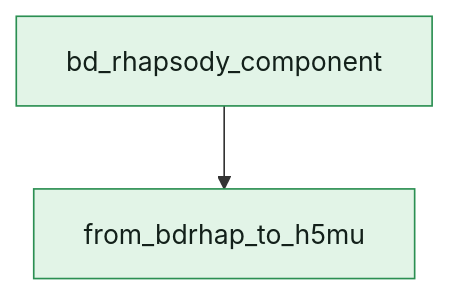
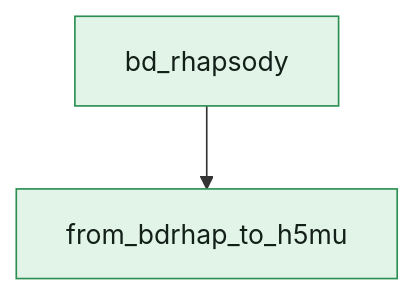
One commit to openpipelines-bio/openpipeline_docs changed the diagram in reference/openpipeline/v4.2.0/workflows/ingestion/bd_rhapsody.qmd. Above: the diagram before and after it, drawn with Mermaid. The commit also changed other lines of this file and 40 other files, not shown here.

````diff
--- a/reference/openpipeline/v4.2.0/workflows/ingestion/bd_rhapsody.qmd
+++ b/reference/openpipeline/v4.2.0/workflows/ingestion/bd_rhapsody.qmd
@@ -219,8 +219,8 @@
 ```{mermaid}
 flowchart TB
-    v17["bd_rhapsody_component"]
-    v48["from_bdrhap_to_h5mu"]
-    v17 --> v48
-    style v17 fill:#e2f4e7,stroke:#2b8f52,color:#13201a
-    style v48 fill:#e2f4e7,stroke:#2b8f52,color:#13201a
+    c_convert_from_bdrhap_to_h5mu["from_bdrhap_to_h5mu"]
+    c_mapping_bd_rhapsody["bd_rhapsody"]
+    c_mapping_bd_rhapsody --> c_convert_from_bdrhap_to_h5mu
+    style c_convert_from_bdrhap_to_h5mu fill:#e2f4e7,stroke:#2b8f52,color:#13201a
+    style c_mapping_bd_rhapsody fill:#e2f4e7,stroke:#2b8f52,color:#13201a
 ```
````
